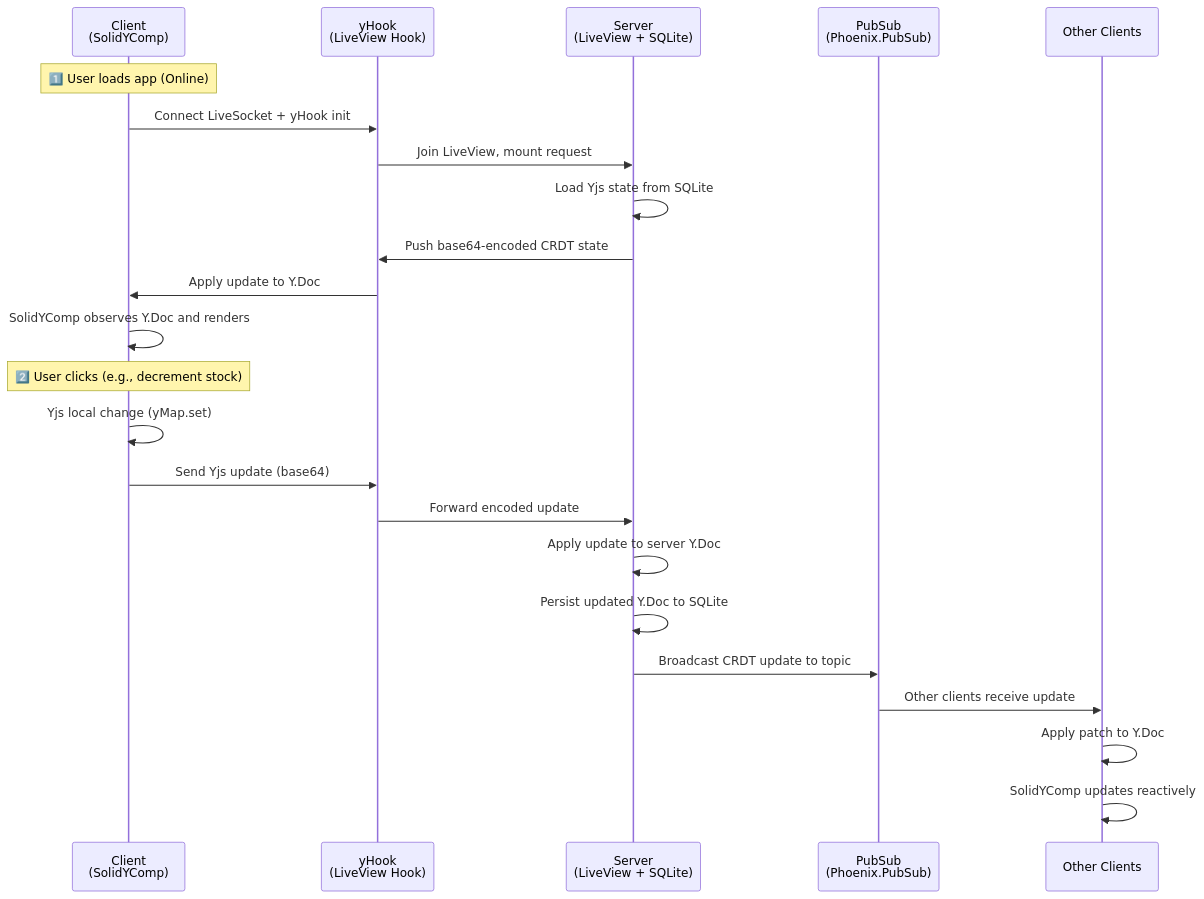
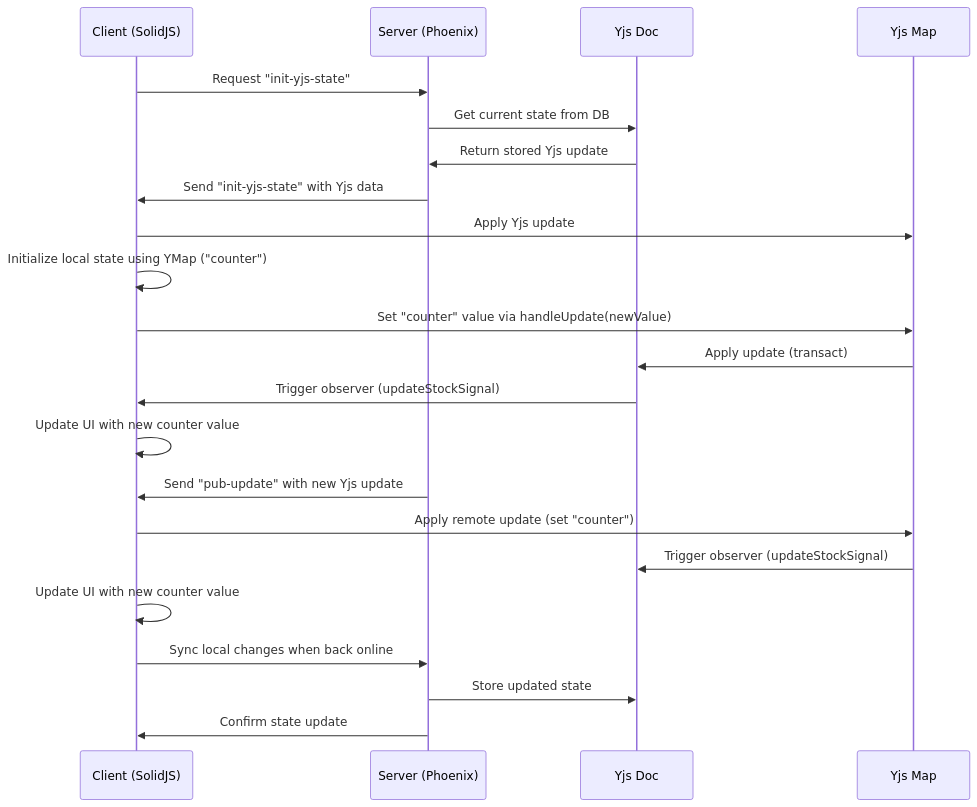
The third of 8 diagrams in README.md (dwyl/PWA-Liveview), drawn with Mermaid before and after one commit. The commit also changed other lines of this file and 121 other files, not shown here.

````diff
--- a/README.md
+++ b/README.md
@@ -335,30 +234,32 @@
 ```mermaid
 sequenceDiagram
-    participant C as Client <br>(SolidYComp)
-    participant H as yHook <br> (LiveView Hook)
-    participant S as Server <br> (LiveView + SQLite)
-    participant P as PubSub <br>(Phoenix.PubSub)
-    participant O as Other Clients
+    participant Client as Client (SolidJS)
+    participant Server as Server (Phoenix)
+    participant Yjs as Yjs Doc
+    participant YMap as Yjs Map
 
-    Note over C: 1️⃣ User loads app (Online)
-    C->>H: Connect LiveSocket + yHook init
-    H->>S: Join LiveView, mount request
-    S->>S: Load Yjs state from SQLite
-    S->>H: Push base64-encoded CRDT state
-    H->>C: Apply update to Y.Doc
-    C->>C: SolidYComp observes Y.Doc and renders
+    %% Initialization Sequence
+    Client->>Server: Request "init-yjs-state"
+    Server->>Yjs: Get current state from DB
+    Yjs->>Server: Return stored Yjs update
+    Server->>Client: Send "init-yjs-state" with Yjs data
+    Client->>YMap: Apply Yjs update
+    Client->>Client: Initialize local state using YMap ("counter")
 
-    Note over C: 2️⃣ User clicks (e.g., decrement stock)
-    C->>C: Yjs local change (yMap.set)
-    C->>H: Send Yjs update (base64)
+    %% User Updates Counter (Local Action)
+    Client->>YMap: Set "counter" value via handleUpdate(newValue)
+    YMap->>Yjs: Apply update (transact)
+    Yjs->>Client: Trigger observer (updateStockSignal)
+    Client->>Client: Update UI with new counter value
 
-    H->>S: Forward encoded update
-    S->>S: Apply update to server Y.Doc
-    S->>S: Persist updated Y.Doc to SQLite
+    %% Remote Update from Another Client (or Server Broadcast)
+    Server->>Client: Send "pub-update" with new Yjs update
+    Client->>YMap: Apply remote update (set "counter")
+    YMap->>Yjs: Trigger observer (updateStockSignal)
+    Client->>Client: Update UI with new counter value
 
-    S->>P: Broadcast CRDT update to topic
-    P->>O: Other clients receive update
-
-    O->>O: Apply patch to Y.Doc
-    O->>O: SolidYComp updates reactively
+    %% Yjs Sync Across Clients
+    Client->>Server: Sync local changes when back online
+    Server->>Yjs: Store updated state
+    Server->>Client: Confirm state update
 ```
````
